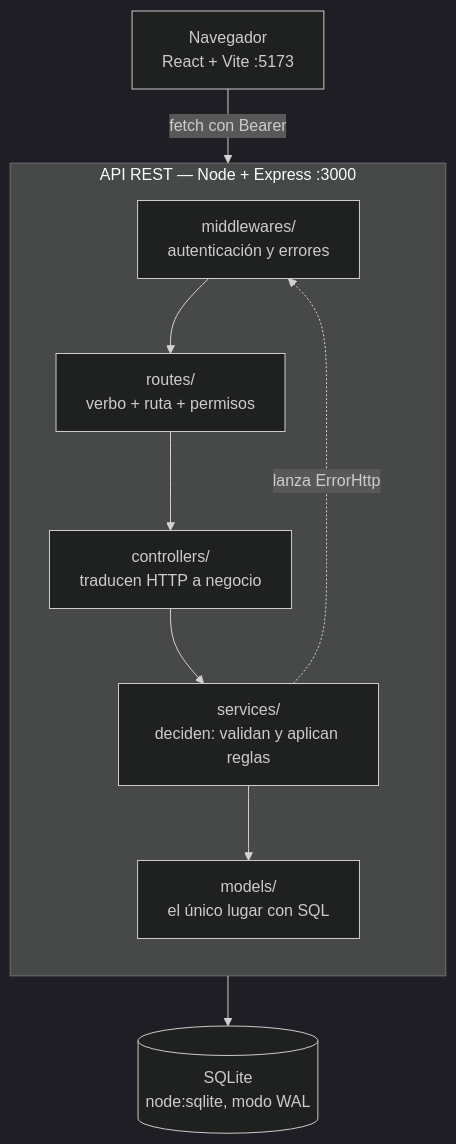
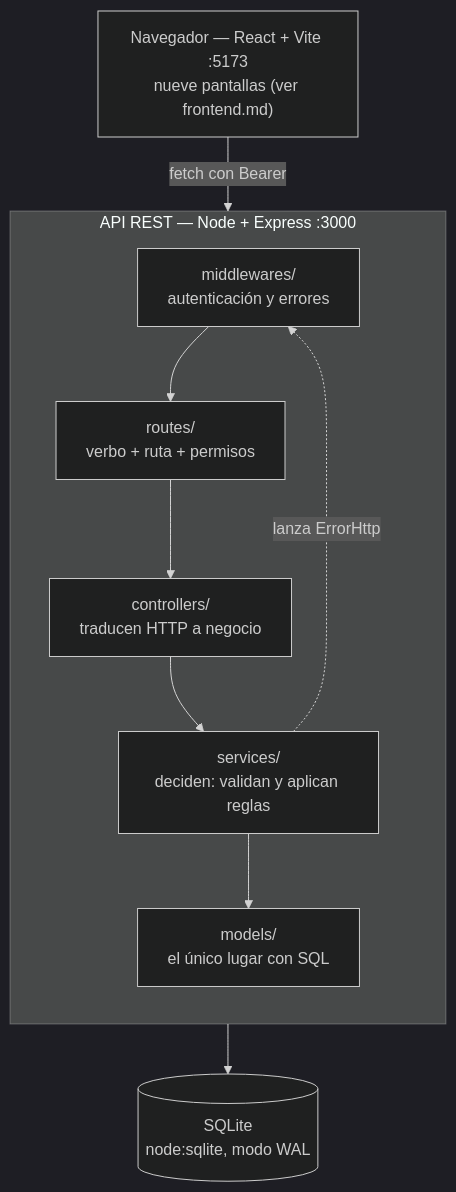
One commit to keylymolinam/software-quality-hub changed the first of 2 diagrams in docs/diagramas/arquitectura.md. Above: the diagram before and after it, drawn with Mermaid (dark theme). The commit also changed other lines of this file and 10 other files, not shown here.

````diff
--- a/docs/diagramas/arquitectura.md
+++ b/docs/diagramas/arquitectura.md
@@ -7,24 +7,24 @@
 ```mermaid
 flowchart TB
-    navegador["Navegador<br/>React + Vite :5173"]
+    navegador["Navegador — React + Vite :5173<br/>nueve pantallas (ver frontend.md)"]
 
     subgraph api["API REST — Node + Express :3000"]
         direction TB
         middlewares["middlewares/<br/>autenticación y errores"]
         rutas["routes/<br/>verbo + ruta + permisos"]
         controladores["controllers/<br/>traducen HTTP a negocio"]
         servicios["services/<br/>deciden: validan y aplican reglas"]
         modelos["models/<br/>el único lugar con SQL"]
     end
 
     bd[("SQLite<br/>node:sqlite, modo WAL")]
 
     navegador -->|"fetch con Bearer"| middlewares
     middlewares --> rutas
     rutas --> controladores
     controladores --> servicios
     servicios --> modelos
     modelos --> bd
 
     servicios -.->|"lanza ErrorHttp"| middlewares
 ```
````
